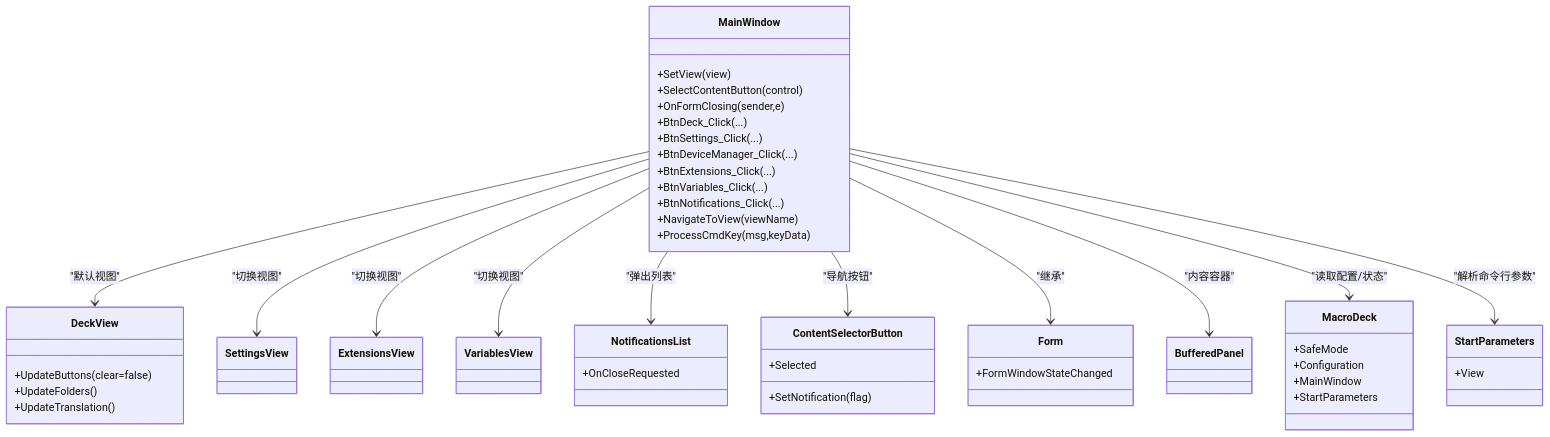
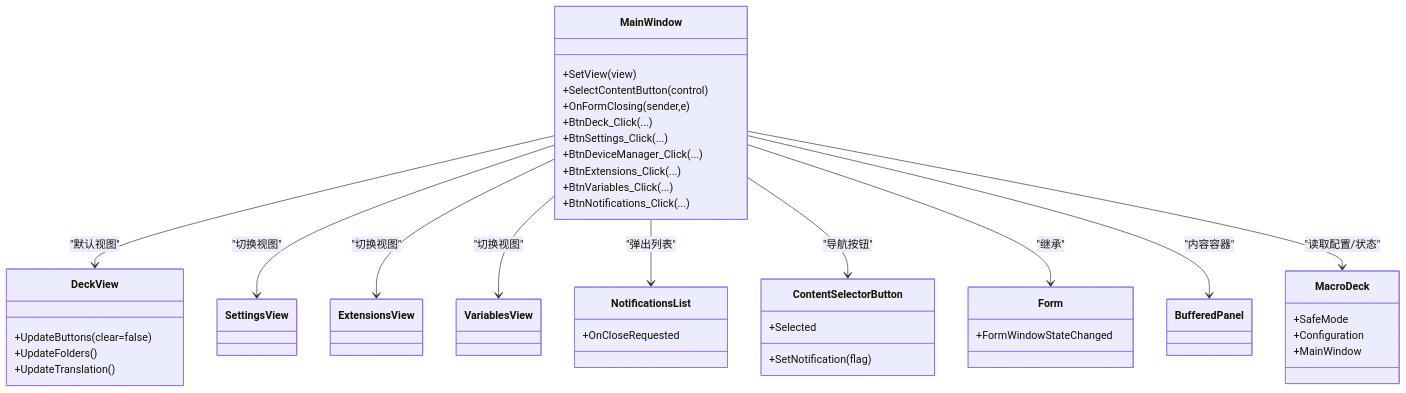
The third of 3 diagrams in .qoder/repowiki/zh/content/图形用户界面/主窗口设计.md (tea4go/Macro-Deck), drawn with Mermaid before and after one commit. The commit also changed other lines of this file and 63 other files, not shown here.

````diff
--- a/.qoder/repowiki/zh/content/图形用户界面/主窗口设计.md
+++ b/.qoder/repowiki/zh/content/图形用户界面/主窗口设计.md
@@ -310,54 +269,47 @@
 ```mermaid
 classDiagram
 class MainWindow {
 +SetView(view)
 +SelectContentButton(control)
 +OnFormClosing(sender,e)
 +BtnDeck_Click(...)
 +BtnSettings_Click(...)
 +BtnDeviceManager_Click(...)
 +BtnExtensions_Click(...)
 +BtnVariables_Click(...)
 +BtnNotifications_Click(...)
-+NavigateToView(viewName)
-+ProcessCmdKey(msg,keyData)
 }
 class DeckView {
 +UpdateButtons(clear=false)
 +UpdateFolders()
 +UpdateTranslation()
 }
 class SettingsView
 class ExtensionsView
 class VariablesView
 class ContentSelectorButton {
 +Selected
 +SetNotification(flag)
 }
 class NotificationsList {
 +OnCloseRequested
 }
 class Form {
 +FormWindowStateChanged
 }
 class BufferedPanel
 class MacroDeck {
 +SafeMode
 +Configuration
 +MainWindow
-+StartParameters
-}
-class StartParameters {
-+View
 }
 MainWindow --> DeckView : "默认视图"
 MainWindow --> SettingsView : "切换视图"
 MainWindow --> ExtensionsView : "切换视图"
 MainWindow --> VariablesView : "切换视图"
 MainWindow --> NotificationsList : "弹出列表"
 MainWindow --> ContentSelectorButton : "导航按钮"
 MainWindow --> Form : "继承"
 MainWindow --> BufferedPanel : "内容容器"
 MainWindow --> MacroDeck : "读取配置/状态"
-MainWindow --> StartParameters : "解析命令行参数"
 ```
````
